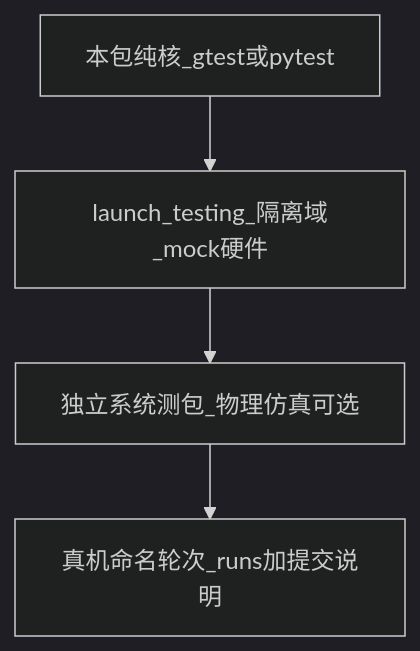
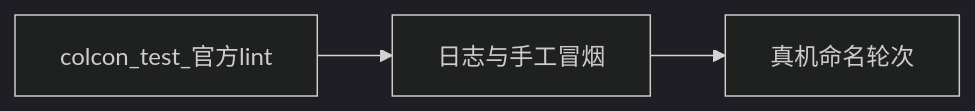
Before and after one commit to MUHAN11-c/aubo_boot: the fourth of 4 diagrams in AGENTS.md, drawn with Mermaid (dark theme). The commit also changed other lines of this file and 414 other files, not shown here.

````diff
--- a/AGENTS.md
+++ b/AGENTS.md
@@ -591,8 +591,7 @@
 ```mermaid
-flowchart TB
-  Unit[本包纯核_gtest或pytest]
-  Integ[launch_testing_隔离域_mock硬件]
-  Sys[独立系统测包_物理仿真可选]
-  Field[真机命名轮次_runs加提交说明]
-  Unit --> Integ --> Sys --> Field
+flowchart LR
+  Lint[colcon_test_官方lint]
+  Manual[日志与手工冒烟]
+  Field[真机命名轮次]
+  Lint --> Manual --> Field
 ```
````
